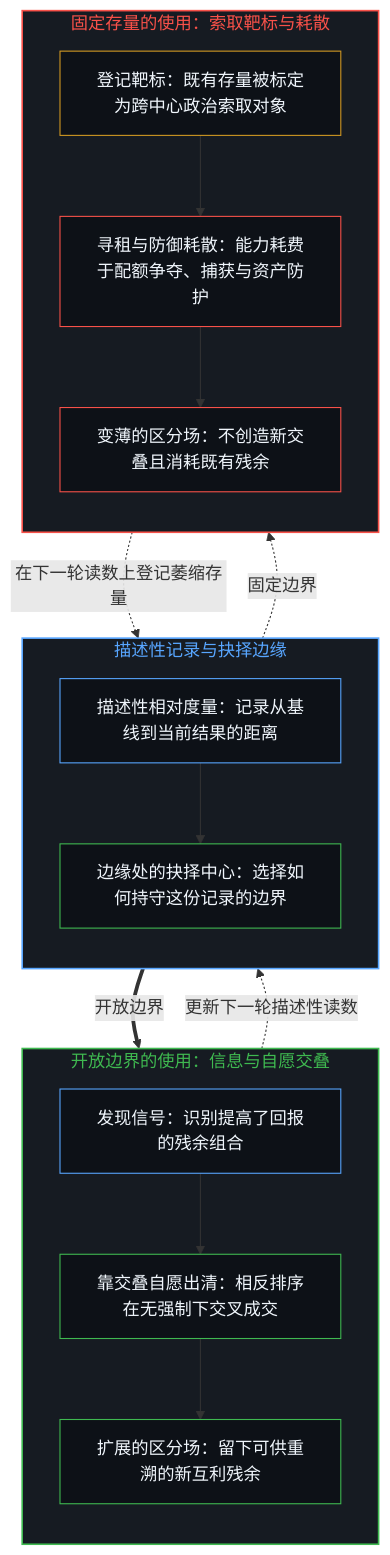
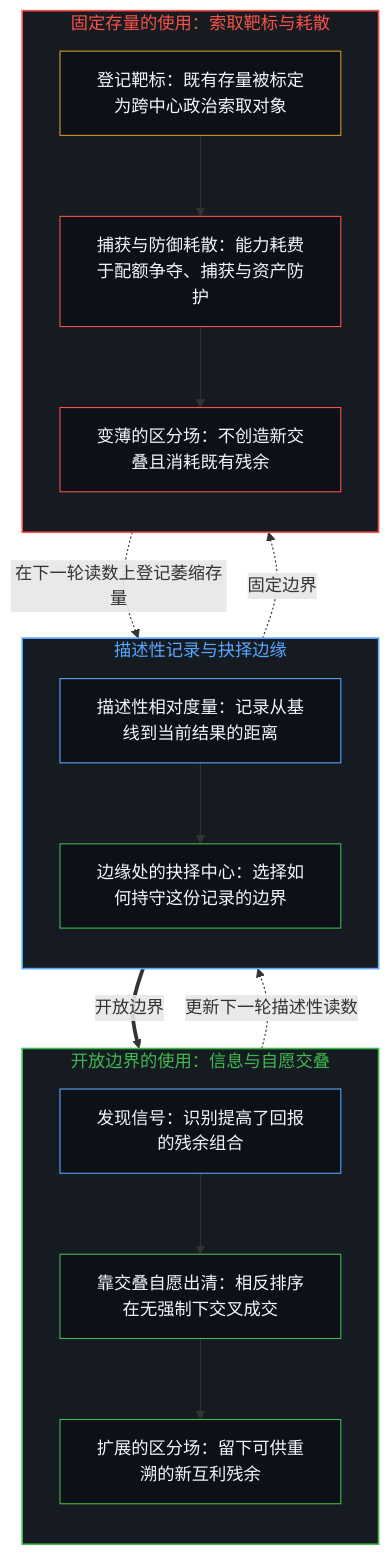
The first of 4 diagrams in content/posts/inheritance-as-residue-and-the-need-for-extraction.md (powerpig99/not-a-toe), drawn with Mermaid before and after one commit. The commit also changed other lines of this file and 24 other files, not shown here.

````diff
--- a/content/posts/inheritance-as-residue-and-the-need-for-extraction.md
+++ b/content/posts/inheritance-as-residue-and-the-need-for-extraction.md
@@ -31,38 +31,38 @@
 ```mermaid
 flowchart TD
     subgraph S_Meas["描述性记录与抉择边缘"]
         direction TB
         M1["描述性相对度量：记录从基线到当前结果的距离"]
         M2["边缘处的抉择中心：选择如何持守这份记录的边界"]
         M1 --> M2
     end
     subgraph S_Open["开放边界的使用：信息与自愿交叠"]
         direction TB
         O1["发现信号：识别提高了回报的残余组合"]
         O2["靠交叠自愿出清：相反排序在无强制下交叉成交"]
         O3["扩展的区分场：留下可供重溯的新互利残余"]
         O1 --> O2 --> O3
     end
     subgraph S_Fixed["固定存量的使用：索取靶标与耗散"]
         direction TB
         F1["登记靶标：既有存量被标定为跨中心政治索取对象"]
-        F2["寻租与防御耗散：能力耗费于配额争夺、捕获与资产防护"]
+        F2["捕获与防御耗散：能力耗费于配额争夺、捕获与资产防护"]
         F3["变薄的区分场：不创造新交叠且消耗既有残余"]
         F1 --> F2 --> F3
     end
     M2 ==>|"开放边界"| O1
     M2 -.->|"固定边界"| F1
     O3 -.->|"更新下一轮描述性读数"| M1
     F3 -.->|"在下一轮读数上登记萎缩存量"| M1
     style S_Meas fill:#161b22,stroke:#58a6ff,stroke-width:1.5px,color:#58a6ff
     style S_Open fill:#161b22,stroke:#3fb950,stroke-width:1.5px,color:#3fb950
     style S_Fixed fill:#161b22,stroke:#f85149,stroke-width:1.5px,color:#f85149
     style M1 fill:#0d1117,stroke:#58a6ff,stroke-width:1px,color:#f0f6fc
     style M2 fill:#0d1117,stroke:#3fb950,stroke-width:1px,color:#f0f6fc
     style O1 fill:#0d1117,stroke:#58a6ff,stroke-width:1px,color:#f0f6fc
     style O2 fill:#0d1117,stroke:#3fb950,stroke-width:1px,color:#f0f6fc
     style O3 fill:#0d1117,stroke:#3fb950,stroke-width:1px,color:#f0f6fc
     style F1 fill:#0d1117,stroke:#d29922,stroke-width:1px,color:#f0f6fc
     style F2 fill:#0d1117,stroke:#f85149,stroke-width:1px,color:#f0f6fc
     style F3 fill:#0d1117,stroke:#f85149,stroke-width:1px,color:#f0f6fc
 ```
````
